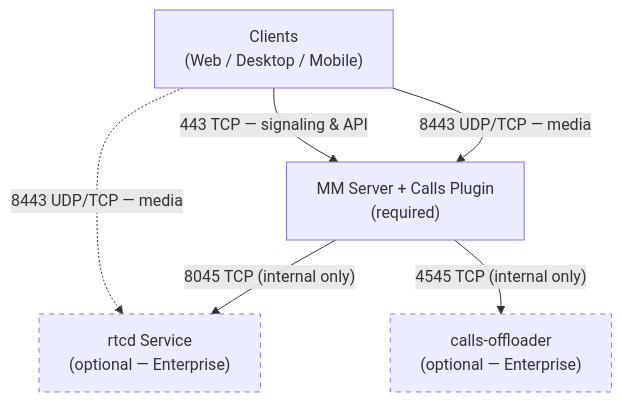
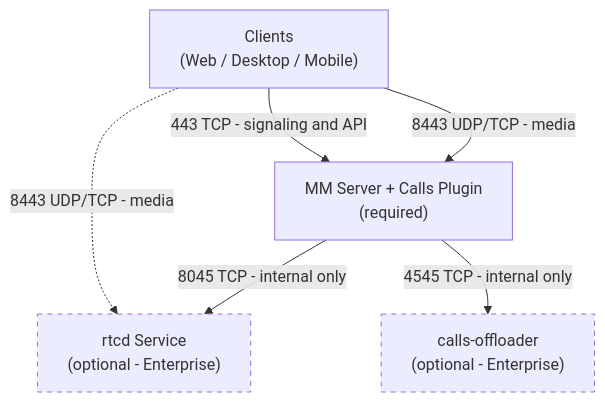
The diagram in source/administration-guide/configure/calls-deployment.md (mattermost/docs), drawn with Mermaid before and after one commit. The commit also changed other lines of this file, not shown here.

````diff
--- a/source/administration-guide/configure/calls-deployment.md
+++ b/source/administration-guide/configure/calls-deployment.md
@@ -165,18 +157,18 @@
 ```{mermaid}
 flowchart TB
     clients["Clients
-    (Web / Desktop / Mobile)"] -- 443 TCP — signaling & API --> mmServer["MM Server + Calls Plugin
+    (Web / Desktop / Mobile)"] -->|"443 TCP - signaling and API"| mmServer["MM Server + Calls Plugin
     (required)"]
-    clients -- 8443 UDP/TCP — media --> mmServer
-    clients -. 8443 UDP/TCP — media .-> rtcdSvc
-    mmServer -- 8045 TCP (internal only) --> rtcdSvc
-    mmServer -- 4545 TCP (internal only) --> offloaderSvc
+    clients -->|"8443 UDP/TCP - media"| mmServer
+    clients -.->|"8443 UDP/TCP - media"| rtcdSvc
+    mmServer -->|"8045 TCP - internal only"| rtcdSvc
+    mmServer -->|"4545 TCP - internal only"| offloaderSvc
     
-    rtcdSvc["rtcd Service 
-    (optional — Enterprise)"]
+    rtcdSvc["rtcd Service
+    (optional - Enterprise)"]
     offloaderSvc["calls-offloader
-    (optional — Enterprise)"]
+    (optional - Enterprise)"]
     
     style rtcdSvc stroke-dasharray: 5 5
     style offloaderSvc stroke-dasharray: 5 5
 ```
````
